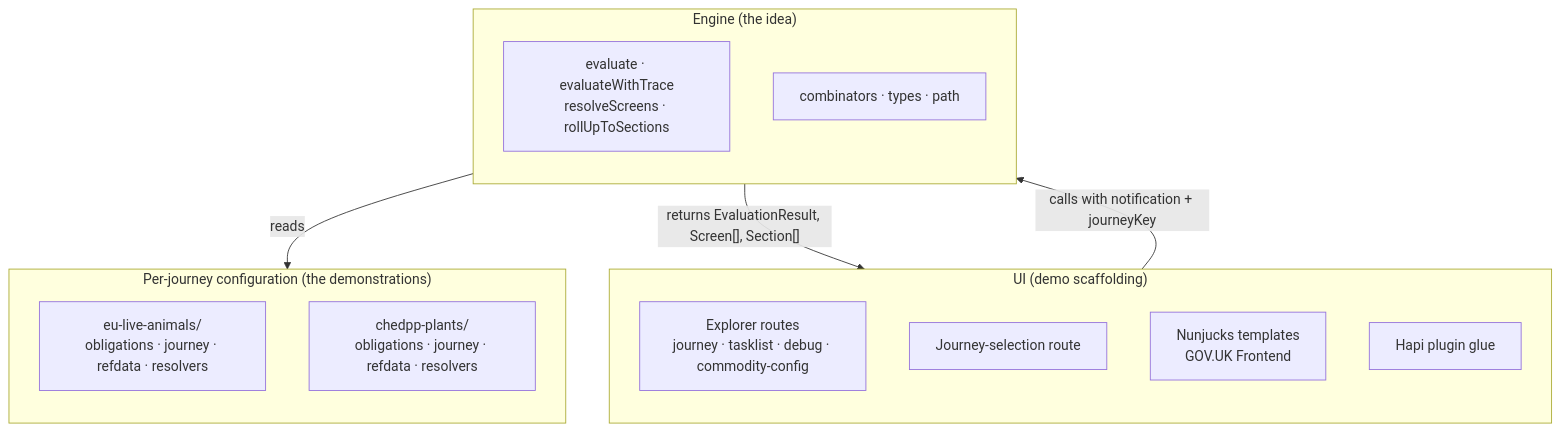
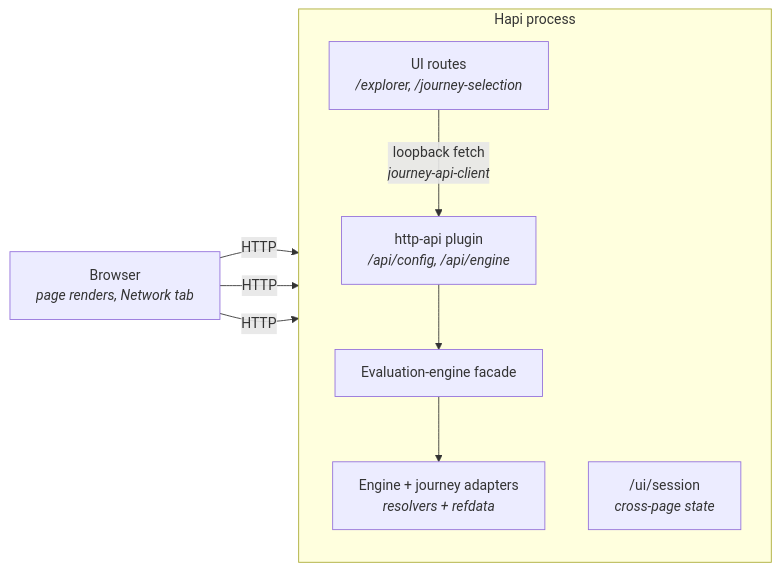
The fourth of 4 diagrams in SOLUTION.md (DEFRA/trade-imports-journey-config-ui), drawn with Mermaid before and after one commit. The commit also changed other lines of this file and 4 other files, not shown here.

First line of the commit message:
docs: Refresh README and SOLUTION for the HTTP architecture

````diff
--- a/SOLUTION.md
+++ b/SOLUTION.md
@@ -94,26 +94,20 @@
 ```mermaid
-flowchart TB
-    subgraph ui["UI (demo scaffolding)"]
+flowchart LR
+    browser["Browser<br/><i>page renders, Network tab</i>"]
+
+    subgraph hapi["Hapi process"]
         direction TB
-        routes["Explorer routes<br/>journey · tasklist · debug · commodity-config"]
-        picker["Journey-selection route"]
-        njk["Nunjucks templates<br/>GOV.UK Frontend"]
-        plug["Hapi plugin glue"]
+        ui["UI routes<br/><i>/explorer, /journey-selection</i>"]
+        api["http-api plugin<br/><i>/api/config, /api/engine</i>"]
+        session["/ui/session<br/><i>cross-page state</i>"]
+        facade["Evaluation-engine facade"]
+        engine["Engine + journey adapters<br/><i>resolvers + refdata</i>"]
     end
 
-    subgraph engine["Engine (the idea)"]
-        direction TB
-        fns["evaluate · evaluateWithTrace<br/>resolveScreens · rollUpToSections"]
-        comb["combinators · types · path"]
-    end
-
-    subgraph config["Per-journey configuration (the demonstrations)"]
-        direction TB
-        anim["eu-live-animals/<br/>obligations · journey · refdata · resolvers"]
-        plants["chedpp-plants/<br/>obligations · journey · refdata · resolvers"]
-    end
-
-    ui -->|"calls with notification + journeyKey"| engine
-    engine -->|"reads"| config
-    engine -->|"returns EvaluationResult, Screen[], Section[]"| ui
+    browser --HTTP--> ui
+    browser --HTTP--> api
+    browser --HTTP--> session
+    ui --"loopback fetch<br/><i>journey-api-client</i>"--> api
+    api --> facade
+    facade --> engine
 ```
````
